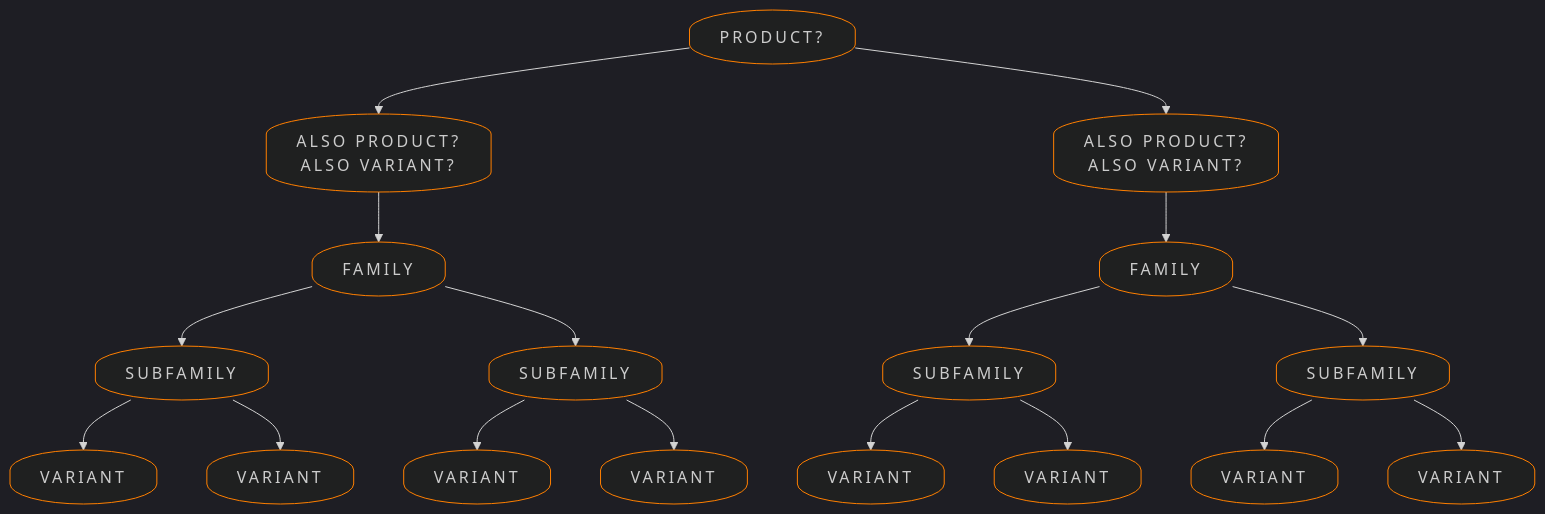
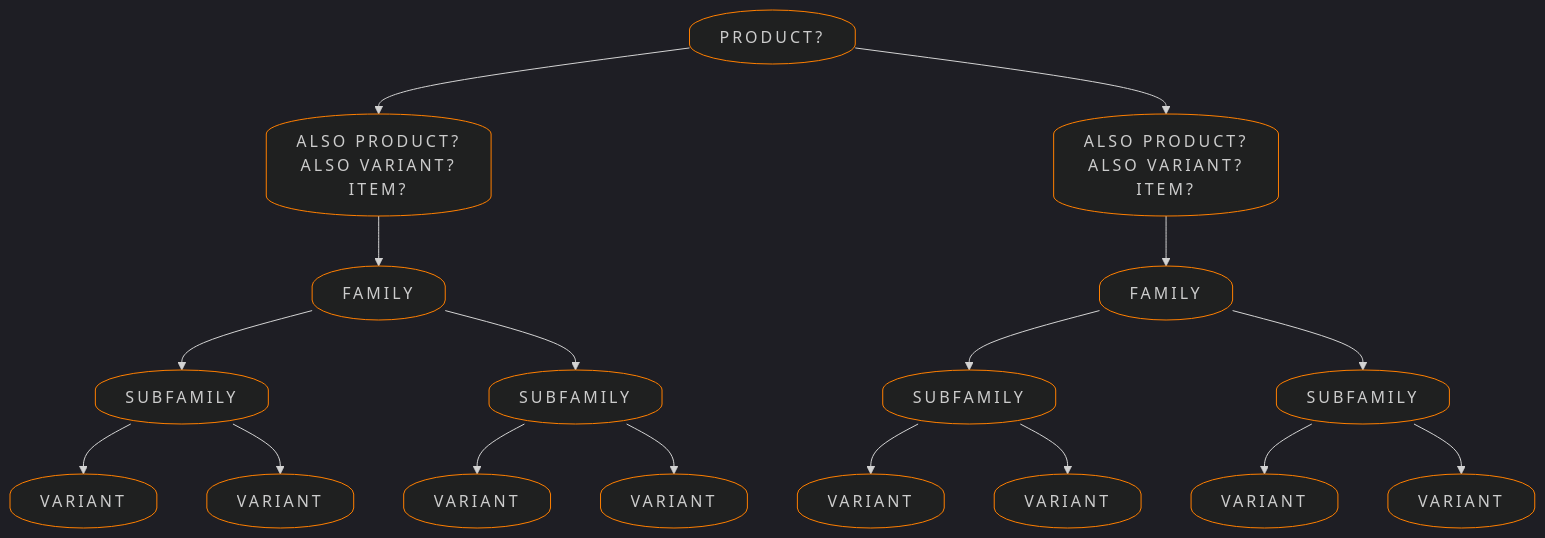
One commit to birdj612/Diagram-Sharing changed the fourth of 5 diagrams in README.md. Above: the diagram before and after it, drawn with Mermaid. The commit also changed other lines of this file, not shown here.

````diff
--- a/README.md
+++ b/README.md
@@ -211,31 +211,31 @@
 ```mermaid
 ---
 config:
   theme: dark
   layout: fixed
   look: classic
   fontFamily: diavlo
 ---
 flowchart TD
-    A["PRODUCT?"] --> B1["ALSO PRODUCT?<br>ALSO VARIANT?"] & n4["ALSO PRODUCT?<br>ALSO VARIANT?"]
+    A["PRODUCT?"] --> B1["ALSO PRODUCT?<br>ALSO VARIANT?<br>ITEM?"] & n4["ALSO PRODUCT?<br>ALSO VARIANT?<br>ITEM?"]
     B1 --> C1["FAMILY"]
     C1 --> D1["SUBFAMILY"] & n1["SUBFAMILY"]
     D1 --> E1["VARIANT"] & E2["VARIANT"]
     n1 --> n2["VARIANT"] & n3["VARIANT"]
     n4 --> n5["FAMILY"]
     n5 --> n6["SUBFAMILY"] & n7["SUBFAMILY"]
     n6 --> n8["VARIANT"] & n9["VARIANT"]
     n7 --> n10["VARIANT"] & n11["VARIANT"]
     n4@{ shape: rect}
     n1@{ shape: rect}
     n2@{ shape: rect}
     n3@{ shape: rect}
     n5@{ shape: rect}
     n6@{ shape: rect}
     n7@{ shape: rect}
     n8@{ shape: rect}
     n9@{ shape: rect}
     n10@{ shape: rect}
     n11@{ shape: rect}
     classDef default stroke:#FF7F00,stroke-width:1px,rx:200,ry:20,letter-spacing:3px
 ```
````
